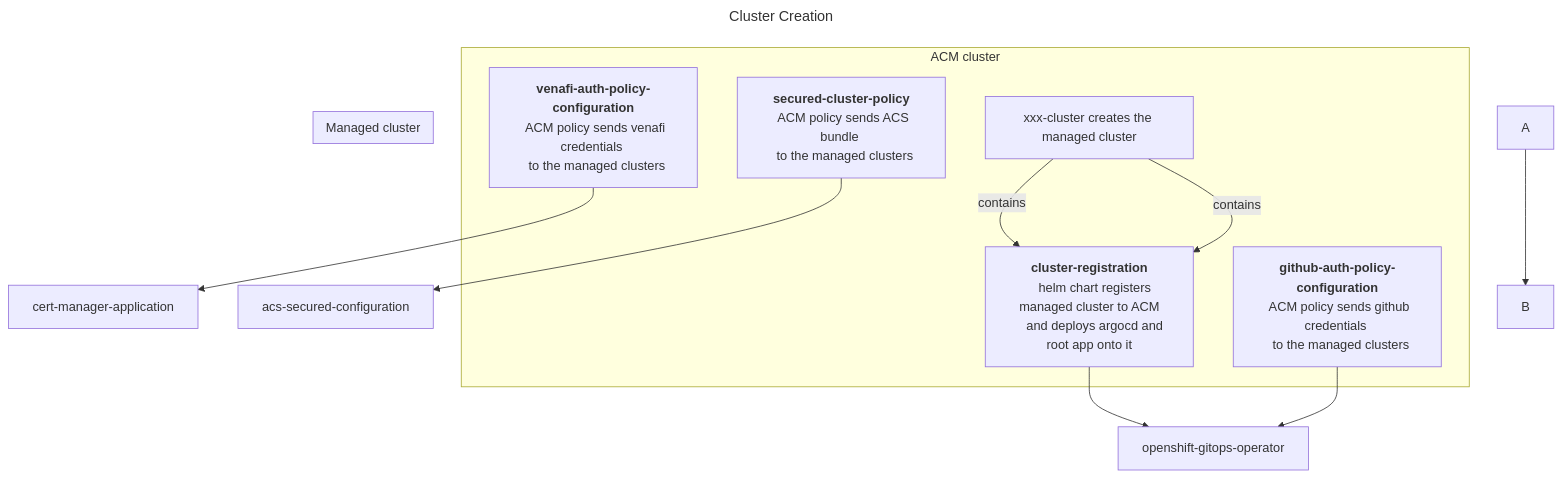
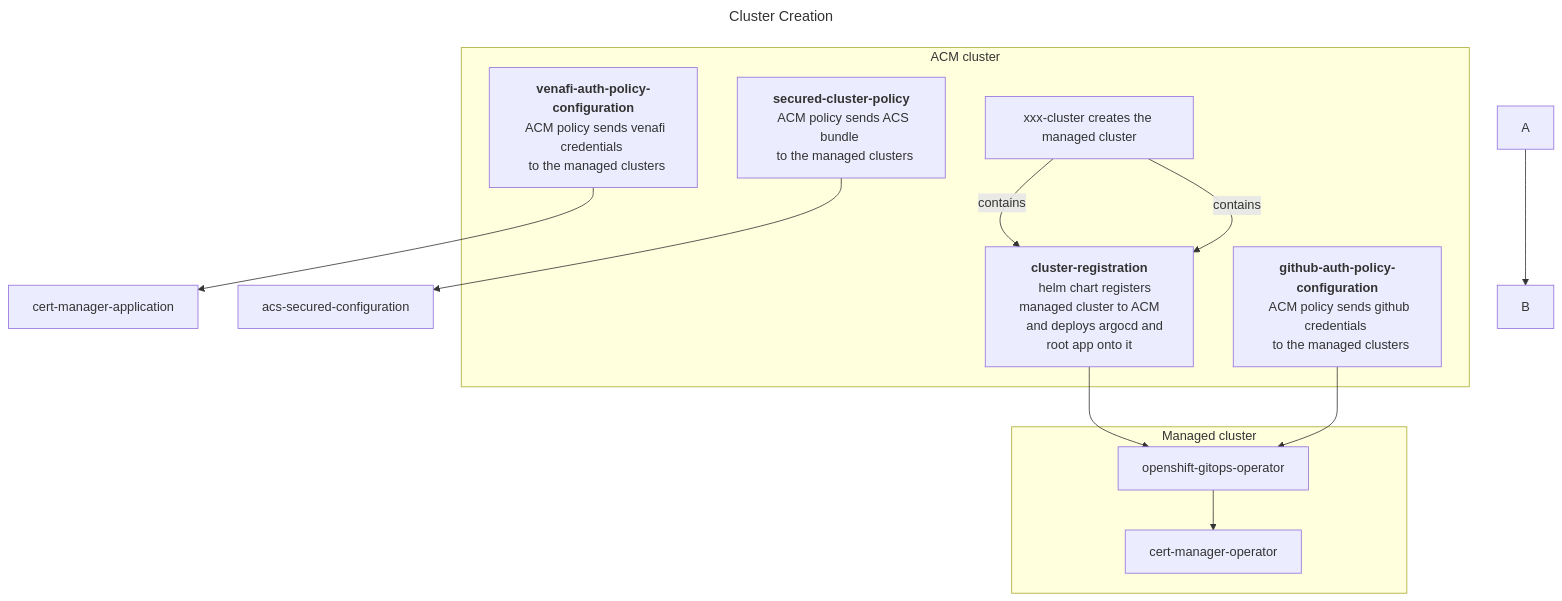
Before and after one commit to mmwillingham/acm: the diagram in test-mermaid/test-mermaid.build.md, drawn with Mermaid. The commit also changed other lines of this file, not shown here.

````diff
--- a/test-mermaid/test-mermaid.build.md
+++ b/test-mermaid/test-mermaid.build.md
@@ -2,30 +2,31 @@
 ```mermaid
 ---
 title: Cluster Creation
 ---
 flowchart TD
 A --> B
 venafi-auth-policy-configuration --> cert-manager-application
 cluster-registration --> openshift-gitops-operator
 github-auth-policy-configuration --> openshift-gitops-operator
 secured-cluster-policy --> acs-secured-configuration
 subgraph ACM cluster
 xxx-cluster["xxx-cluster creates the managed cluster"] -- contains --> cluster-registration["<b>cluster-registration</b>
   helm chart registers managed cluster to ACM
   and deploys argocd and root app onto it"]
 venafi-auth-policy-configuration["<b>venafi-auth-policy-configuration</b>
   ACM policy sends venafi credentials 
   to the managed clusters"]
 github-auth-policy-configuration["<b>github-auth-policy-configuration</b>
   ACM policy sends github credentials 
   to the managed clusters"]
 secured-cluster-policy["<b>secured-cluster-policy</b>
   ACM policy sends ACS bundle 
   to the managed clusters"]
 end
 subgraph Managed cluster
 xxx-cluster["xxx-cluster creates the managed cluster"] -- contains --> cluster-registration["<b>cluster-registration</b>
     helm chart registers managed cluster to ACM
     and deploys argocd and root app onto it"]
+openshift-gitops-operator --> cert-manager-operator
 end
 ```
````
